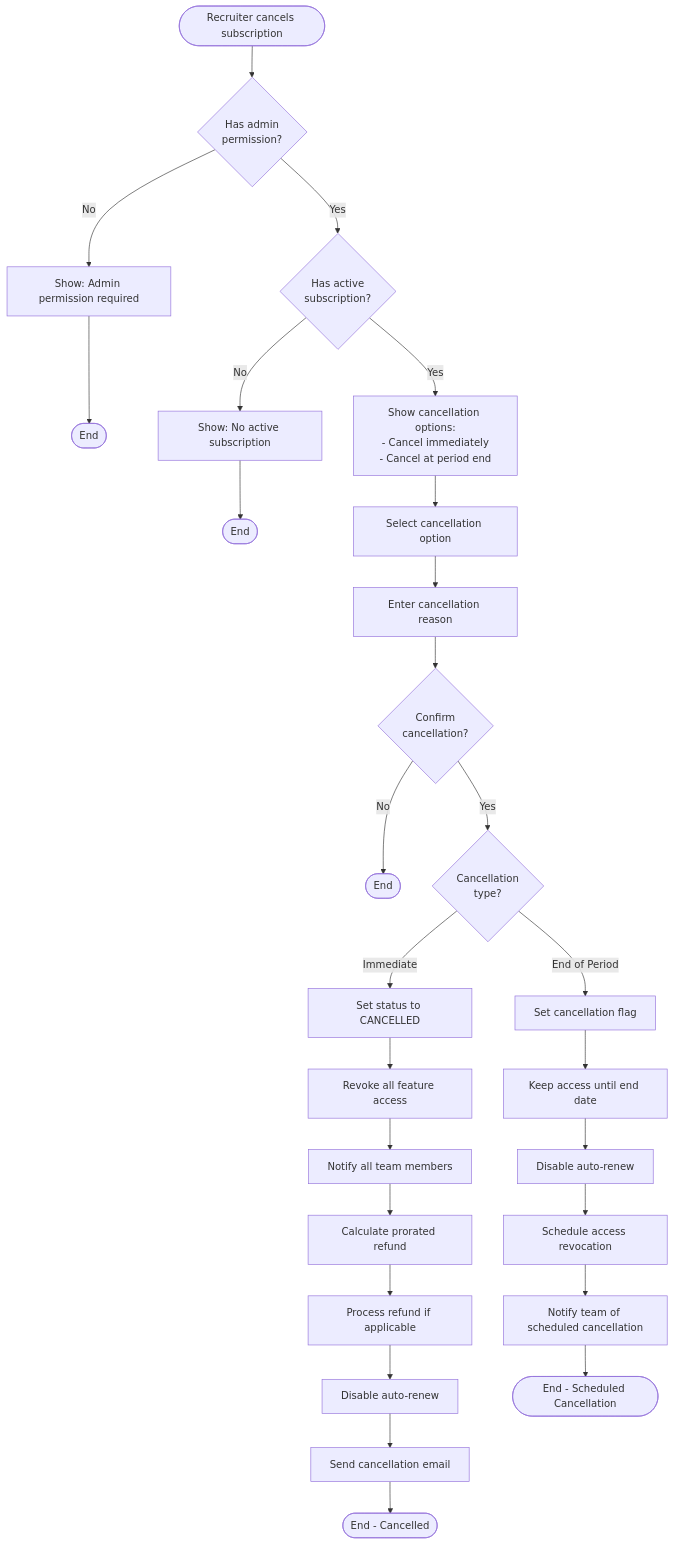
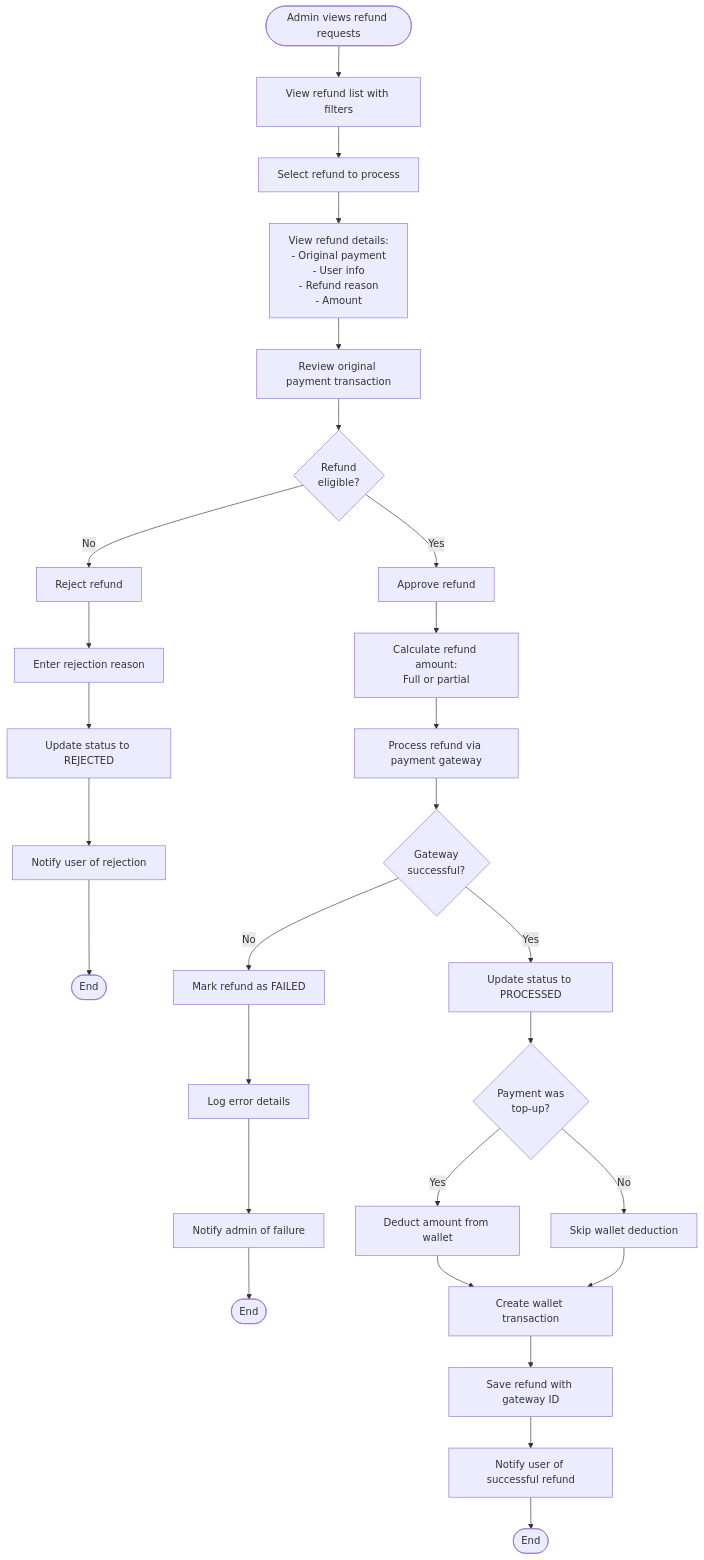
The ninth of 12 diagrams in services/connect-career-be/docs/subscription.md (duythong28/connect-career-be), drawn with Mermaid before and after one commit. The commit also changed other lines of this file and 49 other files, not shown here.

Commit message:
feat: implement Pay-As-You-Go wallet system with user wallet management, payment processing, and transaction tracking, including new services, controllers, and DTOs

````diff
--- a/services/connect-career-be/docs/subscription.md
+++ b/services/connect-career-be/docs/subscription.md
@@ -1811,34 +2386,36 @@
 ```mermaid
 flowchart TD
-    Start([Recruiter cancels subscription]) --> CheckOrg{Has admin<br/>permission?}
-    CheckOrg -->|No| NoPermission[Show: Admin permission required]
-    NoPermission --> End1([End])
+    Start([Admin views refund requests]) --> ViewRefunds[View refund list with filters]
+    ViewRefunds --> SelectRefund[Select refund to process]
+    SelectRefund --> ViewDetails[View refund details:<br/>- Original payment<br/>- User info<br/>- Refund reason<br/>- Amount]
+    ViewDetails --> ReviewPayment[Review original payment transaction]
+    ReviewPayment --> CheckEligibility{Refund<br/>eligible?}
 
-    CheckOrg -->|Yes| CheckSubscription{Has active<br/>subscription?}
-    CheckSubscription -->|No| NoSubscription[Show: No active subscription]
-    NoSubscription --> End2([End])
+    CheckEligibility -->|No| RejectRefund[Reject refund]
+    RejectRefund --> EnterRejectionReason[Enter rejection reason]
+    EnterRejectionReason --> UpdateStatus[Update status to REJECTED]
+    UpdateStatus --> NotifyUser[Notify user of rejection]
+    NotifyUser --> End1([End])
 
-    CheckSubscription -->|Yes| ShowCancelOptions[Show cancellation options:<br/>- Cancel immediately<br/>- Cancel at period end]
-    ShowCancelOptions --> SelectOption[Select cancellation option]
-    SelectOption --> EnterReason[Enter cancellation reason]
-    EnterReason --> ConfirmCancel{Confirm<br/>cancellation?}
+    CheckEligibility -->|Yes| ApproveRefund[Approve refund]
+    ApproveRefund --> CalculateAmount[Calculate refund amount:<br/>Full or partial]
+    CalculateAmount --> ProcessGateway[Process refund via payment gateway]
+    ProcessGateway --> GatewaySuccess{Gateway<br/>successful?}
 
-    ConfirmCancel -->|No| End3([End])
-    ConfirmCancel -->|Yes| CheckOption{Cancellation<br/>type?}
+    GatewaySuccess -->|No| MarkFailed[Mark refund as FAILED]
+    MarkFailed --> LogError[Log error details]
+    LogError --> NotifyAdmin[Notify admin of failure]
+    NotifyAdmin --> End2([End])
 
-    CheckOption -->|Immediate| CancelNow[Set status to CANCELLED]
-    CancelNow --> RevokeAccess[Revoke all feature access]
-    RevokeAccess --> NotifyTeam[Notify all team members]
-    NotifyTeam --> CalculateRefund[Calculate prorated refund]
-    CalculateRefund --> ProcessRefund[Process refund if applicable]
-    ProcessRefund --> UpdateAutoRenew[Disable auto-renew]
-    UpdateAutoRenew --> SendCancellation[Send cancellation email]
-    SendCancellation --> End4([End - Cancelled])
+    GatewaySuccess -->|Yes| UpdateRefundStatus[Update status to PROCESSED]
+    UpdateRefundStatus --> DeductWallet{Payment was<br/>top-up?}
 
-    CheckOption -->|End of Period| SetCancellation[Set cancellation flag]
-    SetCancellation --> KeepAccess[Keep access until end date]
-    KeepAccess --> UpdateAutoRenew2[Disable auto-renew]
-    UpdateAutoRenew2 --> ScheduleRevoke[Schedule access revocation]
-    ScheduleRevoke --> NotifyTeam2[Notify team of scheduled cancellation]
-    NotifyTeam2 --> End5([End - Scheduled Cancellation])
+    DeductWallet -->|Yes| DeductBalance[Deduct amount from wallet]
+    DeductWallet -->|No| SkipDeduct[Skip wallet deduction]
+
+    DeductBalance --> CreateTransaction[Create wallet transaction]
+    SkipDeduct --> CreateTransaction
+    CreateTransaction --> SaveRefund[Save refund with gateway ID]
+    SaveRefund --> NotifyUser2[Notify user of successful refund]
+    NotifyUser2 --> End3([End])
 ```
````
